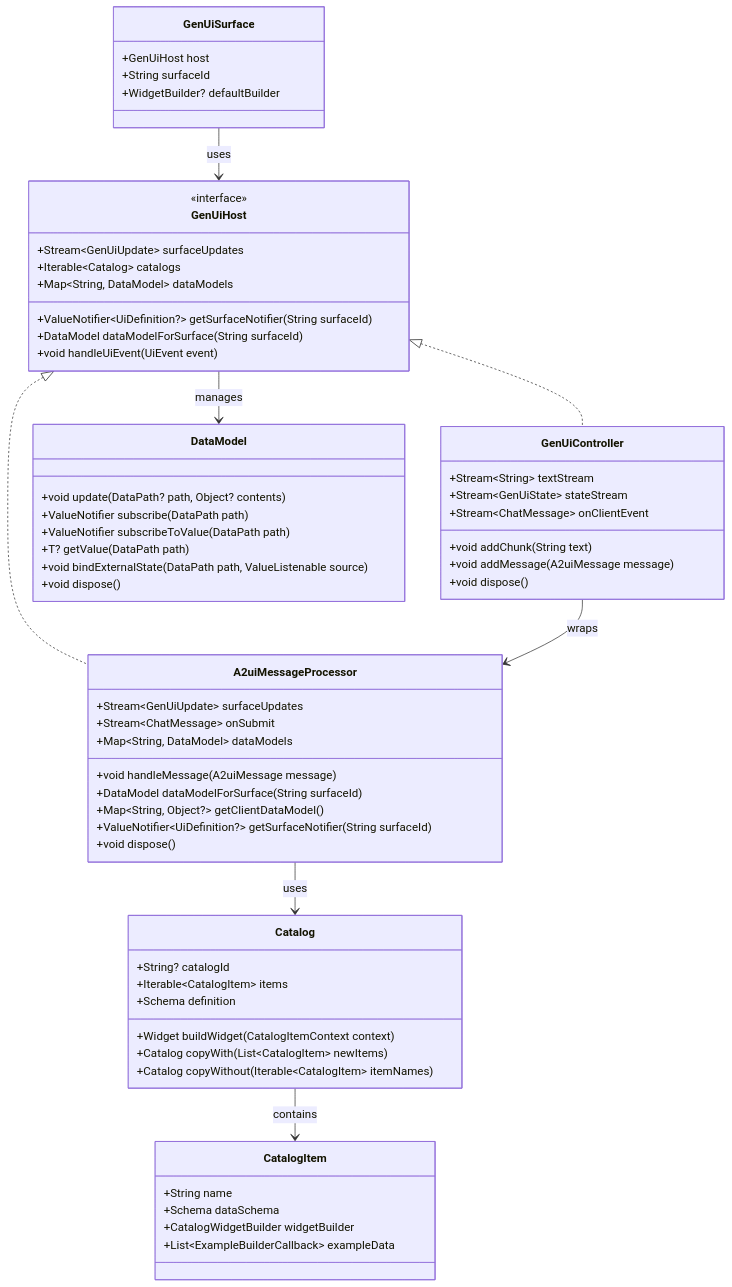
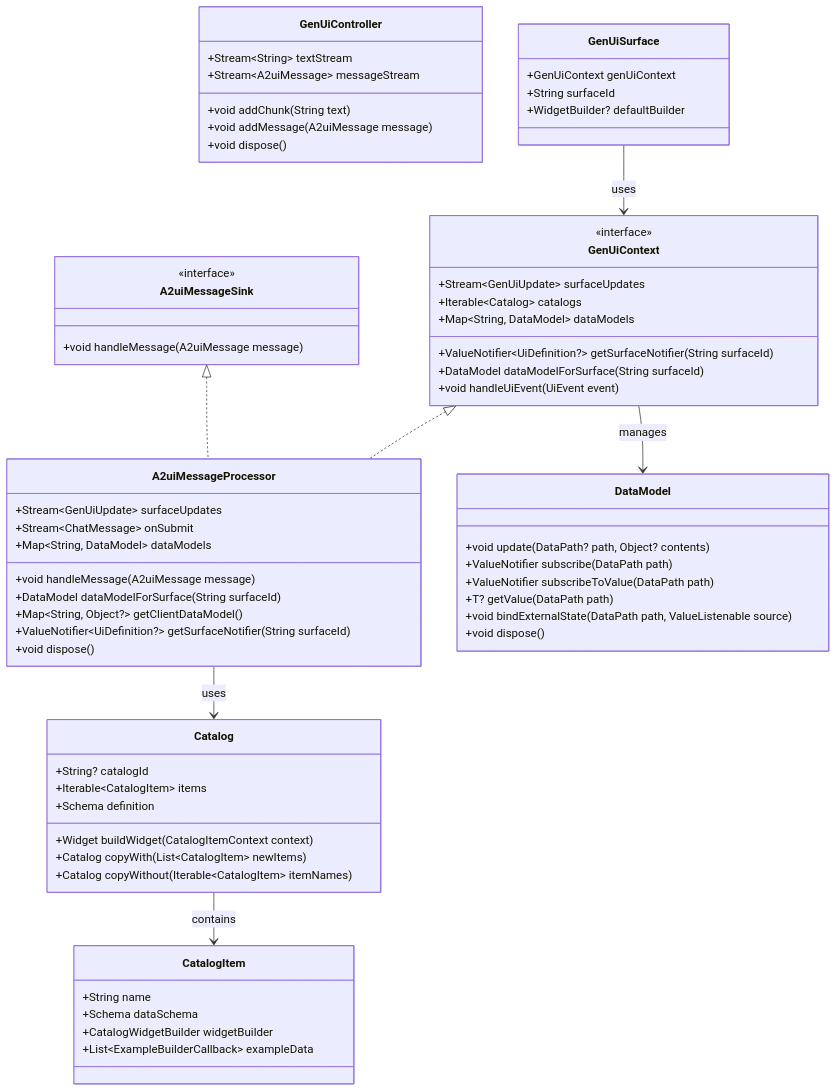
One commit to polina-c/genui changed the diagram in packages/genui/docs/guide.md. Above: the diagram before and after it, drawn with Mermaid. The commit also changed other lines of this file and 52 other files, not shown here.

````diff
--- a/packages/genui/docs/guide.md
+++ b/packages/genui/docs/guide.md
@@ -22,71 +22,74 @@
 ```mermaid
 classDiagram
-    class GenUiHost {
+    class GenUiContext {
         <<interface>>
         +Stream~GenUiUpdate~ surfaceUpdates
         +ValueNotifier~UiDefinition?~ getSurfaceNotifier(String surfaceId)
         +Iterable~Catalog~ catalogs
         +Map~String, DataModel~ dataModels
         +DataModel dataModelForSurface(String surfaceId)
         +void handleUiEvent(UiEvent event)
+    }
+
+    class A2uiMessageSink {
+        <<interface>>
+        +void handleMessage(A2uiMessage message)
     }
 
     class A2uiMessageProcessor {
         +void handleMessage(A2uiMessage message)
         +Stream~GenUiUpdate~ surfaceUpdates
         +Stream~ChatMessage~ onSubmit
         +Map~String, DataModel~ dataModels
         +DataModel dataModelForSurface(String surfaceId)
         +Map~String, Object?~ getClientDataModel()
         +ValueNotifier~UiDefinition?~ getSurfaceNotifier(String surfaceId)
         +void dispose()
     }
 
     class GenUiController {
         +void addChunk(String text)
         +void addMessage(A2uiMessage message)
         +Stream~String~ textStream
-        +Stream~GenUiState~ stateStream
-        +Stream~ChatMessage~ onClientEvent
+        +Stream~A2uiMessage~ messageStream
         +void dispose()
     }
 
     class GenUiSurface {
-        +GenUiHost host
+        +GenUiContext genUiContext
         +String surfaceId
         +WidgetBuilder? defaultBuilder
     }
 
     class Catalog {
         +String? catalogId
         +Iterable~CatalogItem~ items
         +Schema definition
         +Widget buildWidget(CatalogItemContext context)
         +Catalog copyWith(List~CatalogItem~ newItems)
         +Catalog copyWithout(Iterable~CatalogItem~ itemNames)
     }
 
     class CatalogItem {
         +String name
         +Schema dataSchema
         +CatalogWidgetBuilder widgetBuilder
         +List~ExampleBuilderCallback~ exampleData
     }
 
     class DataModel {
         +void update(DataPath? path, Object? contents)
         +ValueNotifier subscribe(DataPath path)
         +ValueNotifier subscribeToValue(DataPath path)
         +T? getValue(DataPath path)
         +void bindExternalState(DataPath path, ValueListenable source)
         +void dispose()
     }
 
-    GenUiHost <|.. A2uiMessageProcessor
-    GenUiHost <|.. GenUiController
-    GenUiController --> A2uiMessageProcessor : wraps
-    GenUiSurface --> GenUiHost : uses
+    GenUiContext <|.. A2uiMessageProcessor
+    A2uiMessageSink <|.. A2uiMessageProcessor
+    GenUiSurface --> GenUiContext : uses
     A2uiMessageProcessor --> Catalog : uses
     Catalog --> CatalogItem : contains
-    GenUiHost --> DataModel : manages
+    GenUiContext --> DataModel : manages
 ```
````
